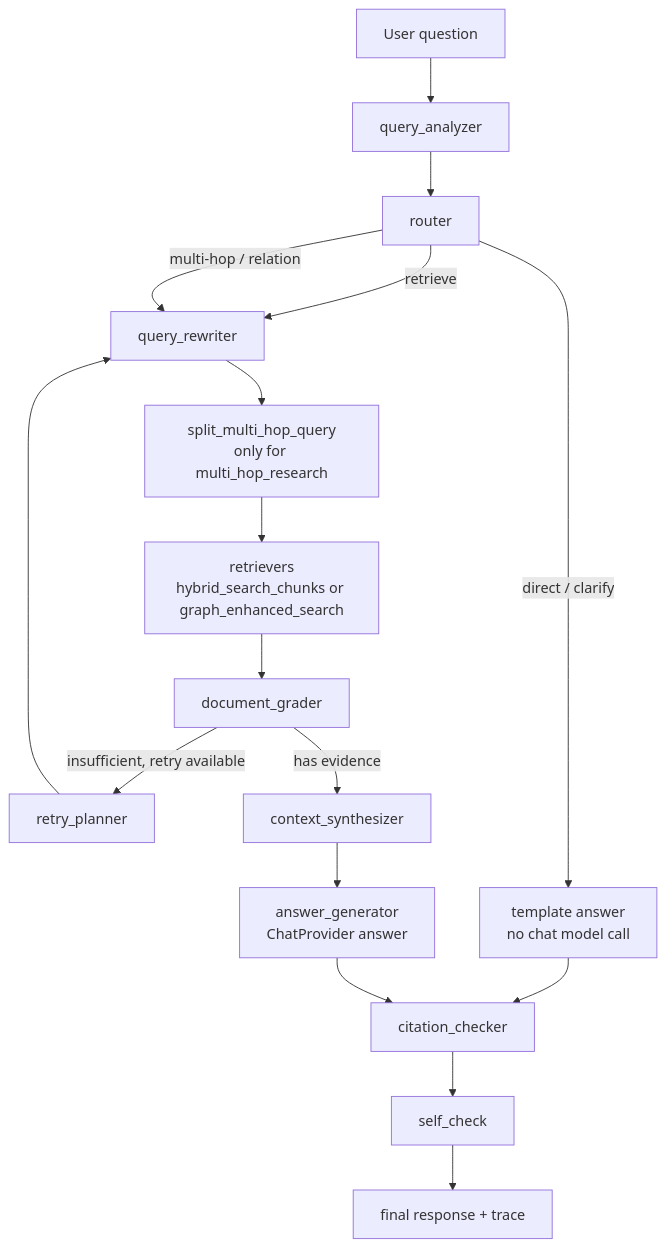
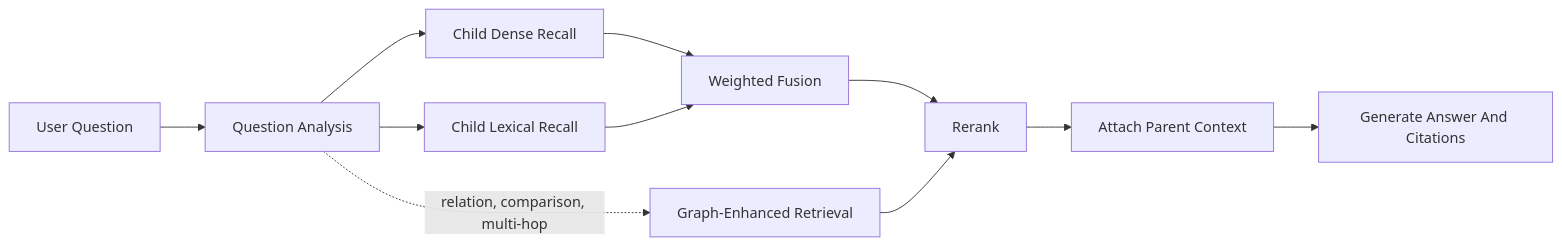
Before and after one commit to Sggggt/DialoGraph: the fifth of 5 diagrams in README.en.md, drawn with Mermaid. The commit also changed other lines of this file and 44 other files, not shown here.

````diff
--- a/README.en.md
+++ b/README.en.md
@@ -247,19 +246,13 @@
 ```mermaid
-flowchart TB
-    Q["User question"] --> ANALYZE["query_analyzer"]
-    ANALYZE --> ROUTER["router"]
-    ROUTER -->|"direct / clarify"| TEMPLATE["template answer<br/>no chat model call"]
-    ROUTER -->|"retrieve"| REWRITE["query_rewriter"]
-    ROUTER -->|"multi-hop / relation"| REWRITE
-    REWRITE --> SPLIT["split_multi_hop_query<br/>only for multi_hop_research"]
-    SPLIT --> RETRIEVE["retrievers<br/>hybrid_search_chunks or graph_enhanced_search"]
-    RETRIEVE --> GRADE["document_grader"]
-    GRADE -->|"insufficient, retry available"| RETRY["retry_planner"]
-    RETRY --> REWRITE
-    GRADE -->|"has evidence"| CONTEXT["context_synthesizer"]
-    CONTEXT --> ANSWER["answer_generator<br/>ChatProvider answer"]
-    TEMPLATE --> CITE["citation_checker"]
-    ANSWER --> CITE["citation_checker"]
-    CITE --> SELF["self_check"]
-    SELF --> FINAL["final response + trace"]
+flowchart LR
+    Q["User Question"] --> ANALYZE["Question Analysis"]
+    ANALYZE --> DENSE["Child Dense Recall"]
+    ANALYZE --> LEXICAL["Child Lexical Recall"]
+    DENSE --> FUSION["Weighted Fusion"]
+    LEXICAL --> FUSION
+    FUSION --> RERANK["Rerank"]
+    RERANK --> CONTEXT["Attach Parent Context"]
+    CONTEXT --> ANSWER["Generate Answer And Citations"]
+    ANALYZE -. "relation, comparison, multi-hop" .-> GRAPH["Graph-Enhanced Retrieval"]
+    GRAPH --> RERANK
 ```
````
